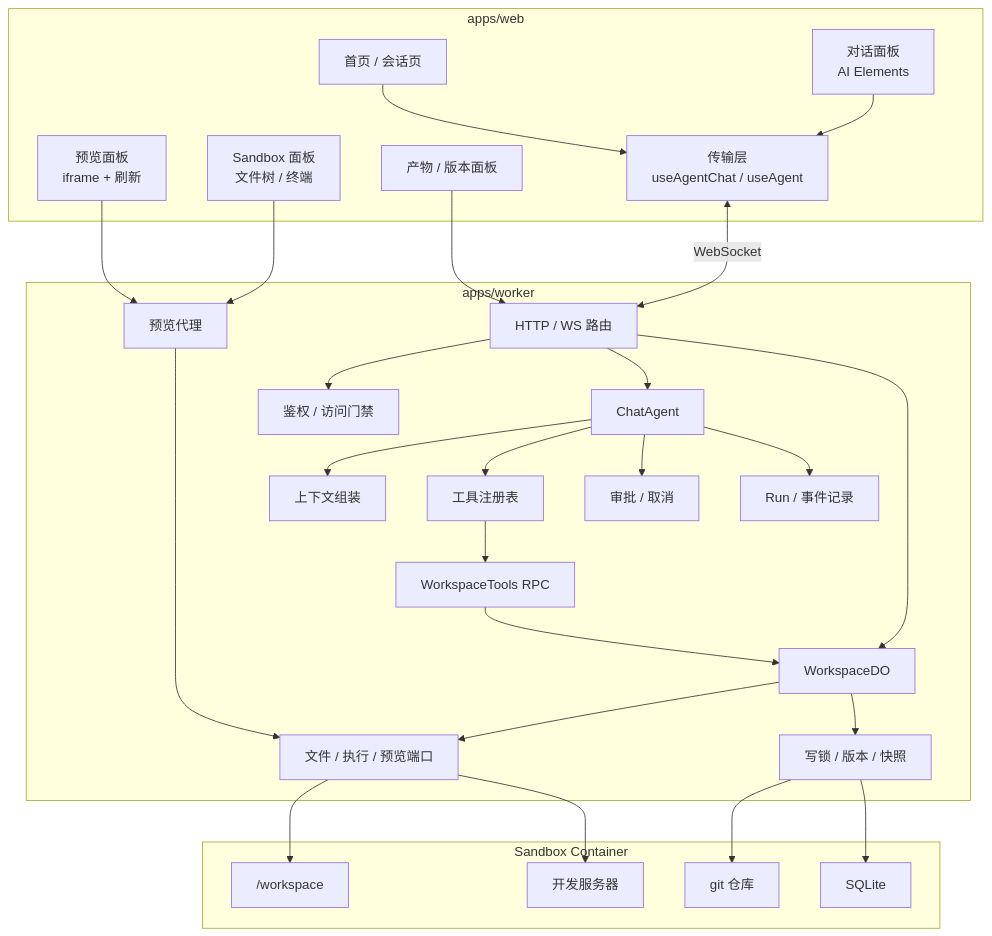
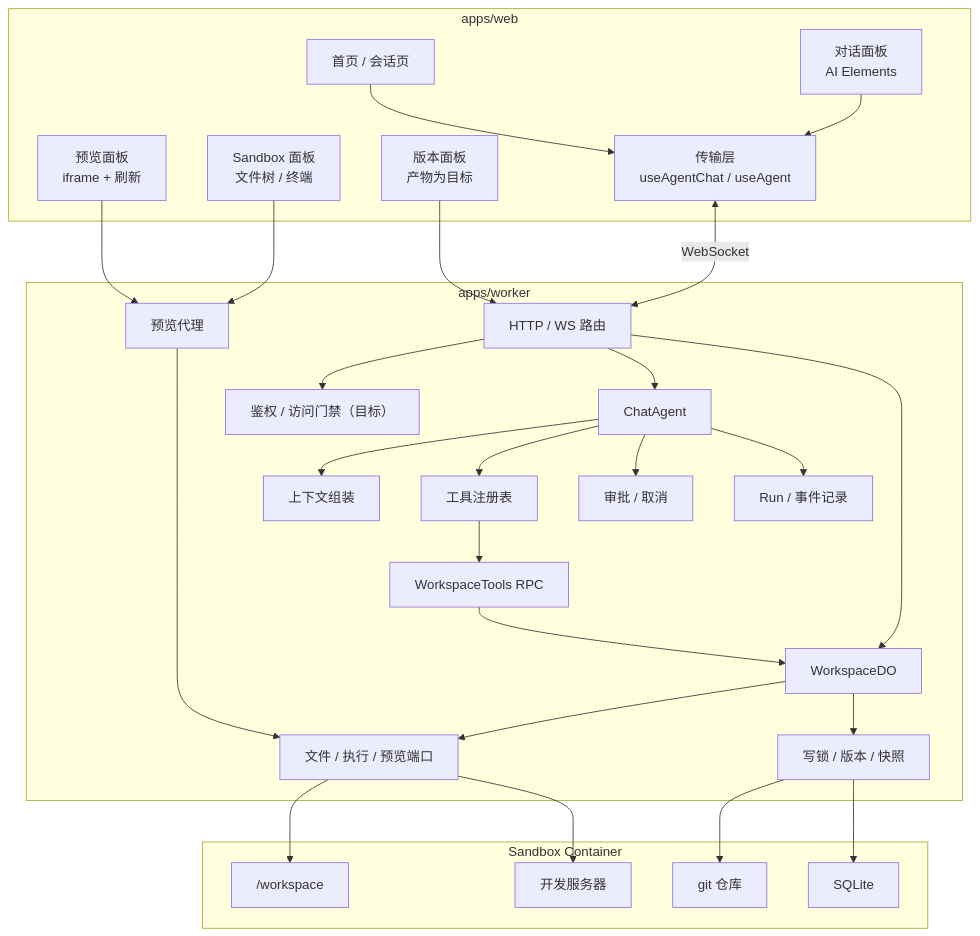
Before and after one commit to fengyj/atoms-lite: the third of 6 diagrams in docs/architecture/system-architecture.md, drawn with Mermaid. The commit also changed other lines of this file and 13 other files, not shown here.

Commit message:
docs: reconcile design and architecture with v1 implementation

````diff
--- a/docs/architecture/system-architecture.md
+++ b/docs/architecture/system-architecture.md
@@ -99,56 +109,56 @@
 ```mermaid
 flowchart TB
   subgraph web["apps/web"]
     w1["首页 / 会话页"]
     w2["对话面板<br/>AI Elements"]
     w3["预览面板<br/>iframe + 刷新"]
     w4["Sandbox 面板<br/>文件树 / 终端"]
-    w5["产物 / 版本面板"]
+    w5["版本面板<br/>产物为目标"]
     w6["传输层<br/>useAgentChat / useAgent"]
   end
 
   subgraph worker["apps/worker"]
     r1["HTTP / WS 路由"]
     r2["预览代理"]
-    r3["鉴权 / 访问门禁"]
+    r3["鉴权 / 访问门禁（目标）"]
     a1["ChatAgent"]
     a2["工具注册表"]
     a3["上下文组装"]
     a4["审批 / 取消"]
     a5["Run / 事件记录"]
     x1["WorkspaceDO"]
     x2["WorkspaceTools RPC"]
     x3["文件 / 执行 / 预览端口"]
     x4["写锁 / 版本 / 快照"]
   end
 
   subgraph sandbox["Sandbox Container"]
     s1["/workspace"]
     s2["git 仓库"]
     s3["SQLite"]
     s4["开发服务器"]
   end
 
   w1 --> w6
   w2 --> w6
   w3 --> r2
   w4 --> r2
   w5 --> r1
   w6 <-->|WebSocket| r1
   r1 --> r3
   r1 --> a1
   r1 --> x1
   r2 --> x3
   a1 --> a3
   a1 --> a2
   a1 --> a4
   a1 --> a5
   a2 --> x2
   x2 --> x1
   x1 --> x3
   x1 --> x4
   x3 --> s1
   x3 --> s4
   x4 --> s2
   x4 --> s3
 ```
````
